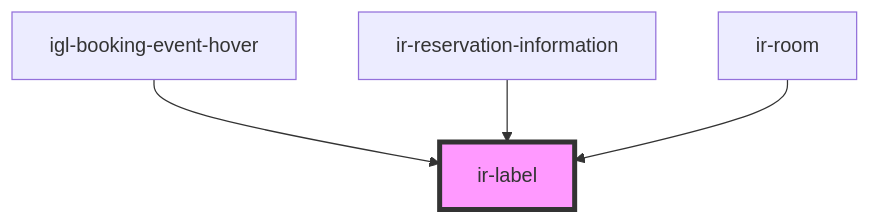
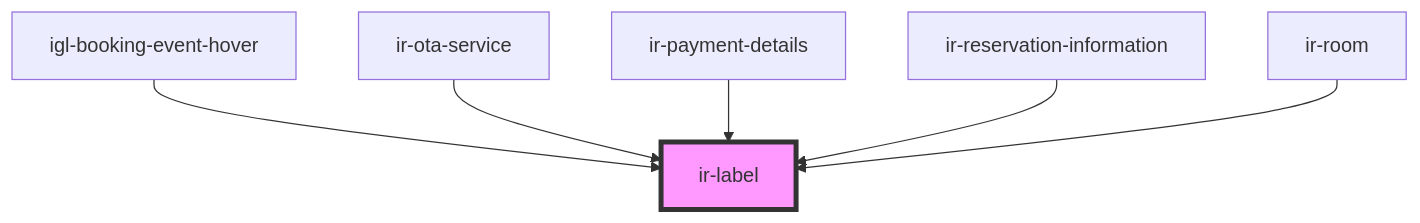
One commit to David1Chowaifaty/modified-ir-webcmp changed the diagram in src/components/ui/ir-label/readme.md. Above: the diagram before and after it, drawn with Mermaid. The commit also changed other lines of this file and 9 other files, not shown here.

````diff
--- a/src/components/ui/ir-label/readme.md
+++ b/src/components/ui/ir-label/readme.md
@@ -33,7 +35,9 @@
 ```mermaid
 graph TD;
   igl-booking-event-hover --> ir-label
+  ir-ota-service --> ir-label
+  ir-payment-details --> ir-label
   ir-reservation-information --> ir-label
   ir-room --> ir-label
   style ir-label fill:#f9f,stroke:#333,stroke-width:4px
 ```
````
